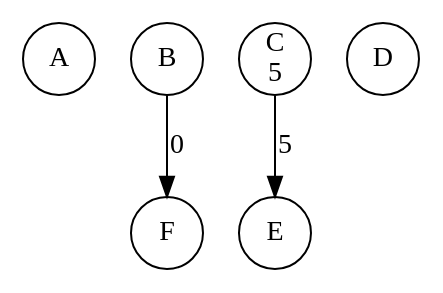
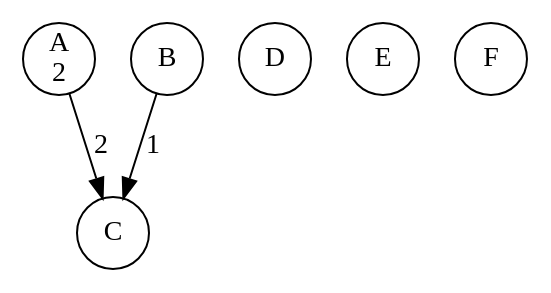
One commit to li23179/GO changed the diagram in concurrency-lab-2/bank/out/0000000002.gv. Above: the diagram before and after it, drawn with Graphviz. The commit also changed 148 other files, not shown here.

```diff
--- a/concurrency-lab-2/bank/out/0000000002.gv
+++ b/concurrency-lab-2/bank/out/0000000002.gv
@@ -1,10 +1,10 @@
 digraph bank {
-	 0 [label= "A\n" , pos= "1,0!" , shape=circle, fixedsize=true, width=0.5 ]
+	 0 [label= "A\n2" , pos= "1,0!" , shape=circle, fixedsize=true, width=0.5 ]
 	 1 [label= "B\n" , pos= "0,1!" , shape=circle, fixedsize=true, width=0.5 ]
-	 2 [label= "C\n5" , pos= "1,2!" , shape=circle, fixedsize=true, width=0.5 ]
+	 2 [label= "C\n" , pos= "1,2!" , shape=circle, fixedsize=true, width=0.5 ]
 	 3 [label= "D\n" , pos= "2,2!" , shape=circle, fixedsize=true, width=0.5 ]
 	 4 [label= "E\n" , pos= "3,1!" , shape=circle, fixedsize=true, width=0.5 ]
 	 5 [label= "F\n" , pos= "2,0!" , shape=circle, fixedsize=true, width=0.5 ]
-	 "2" -> "4" [label= "5" ]
-	 "1" -> "5" [label= "0" ]
+	 "0" -> "2" [label= "2" ]
+	 "1" -> "2" [label= "1" ]
 }
```
